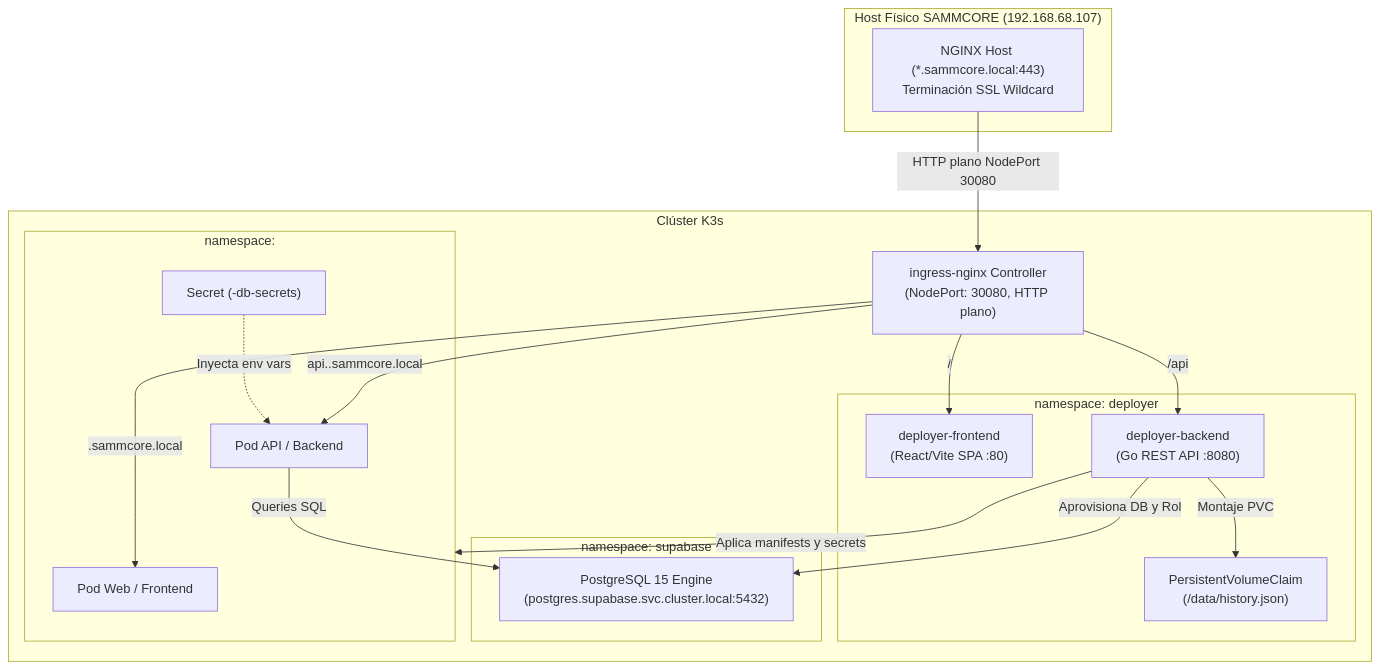
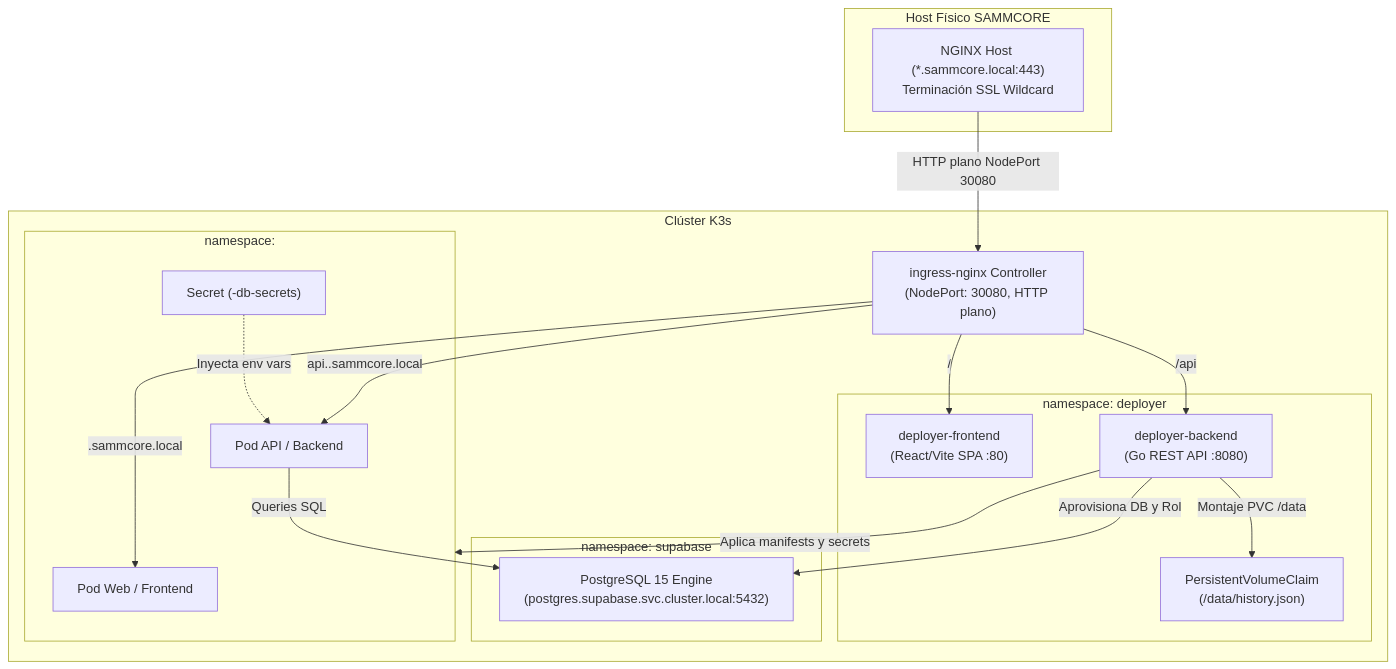
The diagram in docs/02-tecnico.md (a81Biz/sammcore-deployer), drawn with Mermaid before and after one commit. The commit also changed other lines of this file and 18 other files, not shown here.

````diff
--- a/docs/02-tecnico.md
+++ b/docs/02-tecnico.md
@@ -7,38 +7,38 @@
 ```mermaid
 flowchart TD
-    subgraph Host["Host Físico SAMMCORE (192.168.68.107)"]
+    subgraph Host["Host Físico SAMMCORE"]
         HostNGINX["NGINX Host (*.sammcore.local:443)\nTerminación SSL Wildcard"]
     end
 
     subgraph K3sCluster["Clúster K3s"]
         IngressController["ingress-nginx Controller\n(NodePort: 30080, HTTP plano)"]
 
         subgraph DeployerNS["namespace: deployer"]
             FrontendPod["deployer-frontend\n(React/Vite SPA :80)"]
             BackendPod["deployer-backend\n(Go REST API :8080)"]
             PVCData["PersistentVolumeClaim\n(/data/history.json)"]
         end
 
         subgraph SupabaseNS["namespace: supabase"]
             PostgresEngine["PostgreSQL 15 Engine\n(postgres.supabase.svc.cluster.local:5432)"]
         end
 
         subgraph ProjectNS["namespace: <proyecto>"]
             WebPod["Pod Web / Frontend"]
             APIPod["Pod API / Backend"]
             DBSecret["Secret (<proyecto>-db-secrets)"]
         end
     end
 
     HostNGINX -->|HTTP plano NodePort 30080| IngressController
     IngressController -->|/api| BackendPod
     IngressController -->|/| FrontendPod
     IngressController -->|<proyecto>.sammcore.local| WebPod
     IngressController -->|api.<proyecto>.sammcore.local| APIPod
 
-    BackendPod -->|Montaje PVC| PVCData
+    BackendPod -->|Montaje PVC /data| PVCData
     BackendPod -->|Aprovisiona DB y Rol| PostgresEngine
     BackendPod -->|Aplica manifests y secrets| ProjectNS
     DBSecret -.->|Inyecta env vars| APIPod
     APIPod -->|Queries SQL| PostgresEngine
 ```
````
